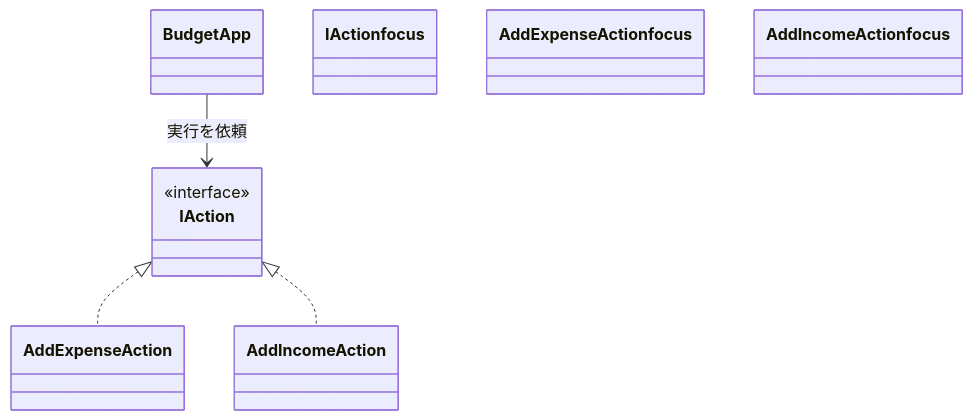
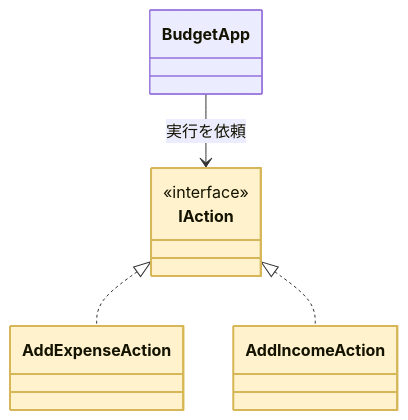
One commit to kumachan1101-pixel/DesignPattern changed the tenth of 20 diagrams in kindle/design-patterns/output/chapter05.md. Above: the diagram before and after it, drawn with Mermaid. The commit also changed other lines of this file and 15 other files, not shown here.

First line of the commit message:
全章classDiagram: phantom浮きクラスを生む着色構文 class X focus を :::focus へ修正（103箇所）

````diff
--- a/kindle/design-patterns/output/chapter05.md
+++ b/kindle/design-patterns/output/chapter05.md
@@ -1143,14 +1143,14 @@
 ```mermaid
 classDiagram
     class IAction { <<interface>> }
     class AddExpenseAction
     class AddIncomeAction
     class BudgetApp
     IAction <|.. AddExpenseAction
     IAction <|.. AddIncomeAction
     BudgetApp --> IAction : 実行を依頼
-    class IAction focus
-    class AddExpenseAction focus
-    class AddIncomeAction focus
+    class IAction:::focus
+    class AddExpenseAction:::focus
+    class AddIncomeAction:::focus
     classDef focus fill:#FFF2CC,stroke:#D6B656,stroke-width:2px
 ```
````
